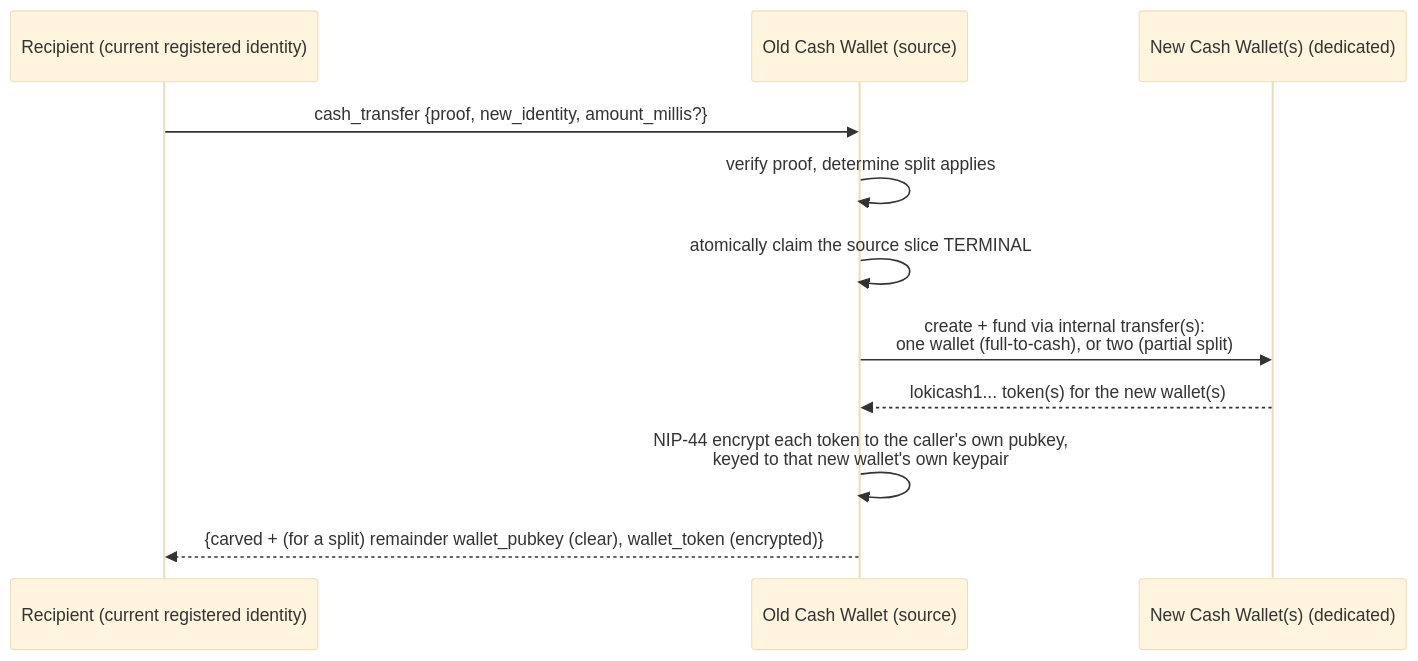
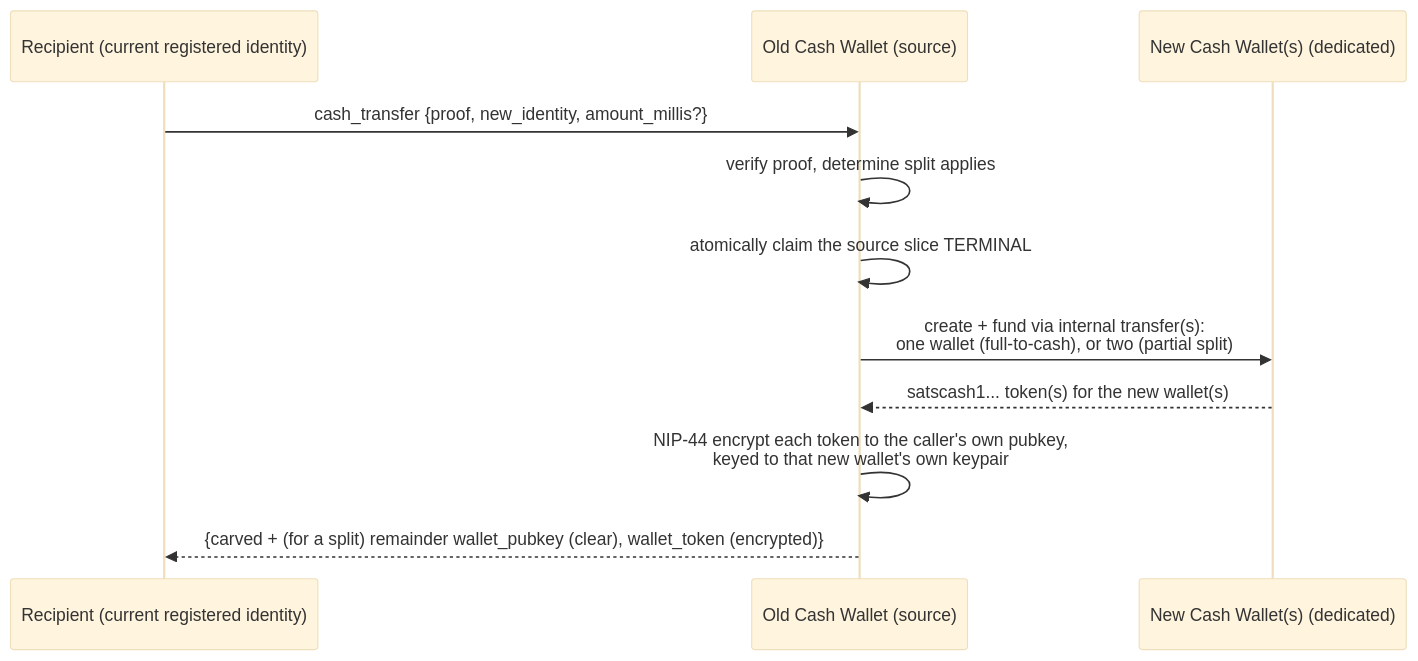
The fifth of 8 diagrams in NIP-CASH.md (ohstr/nips), drawn with Mermaid (base theme) before and after one commit. The commit also changed other lines of this file, not shown here.

Commit message:
docs(nip-cash): note other signing prefixes, use satscash in touched examples (#31)

````diff
--- a/NIP-CASH.md
+++ b/NIP-CASH.md
@@ -935,14 +935,14 @@
 ```mermaid
 sequenceDiagram
     participant Caller as Recipient (current registered identity)
     participant Old as Old Cash Wallet (source)
     participant New as New Cash Wallet(s) (dedicated)
 
     Caller->>Old: cash_transfer {proof, new_identity, amount_millis?}
     Old->>Old: verify proof, determine split applies
     Old->>Old: atomically claim the source slice TERMINAL
     Old->>New: create + fund via internal transfer(s):<br/>one wallet (full-to-cash), or two (partial split)
-    New-->>Old: lokicash1... token(s) for the new wallet(s)
+    New-->>Old: satscash1... token(s) for the new wallet(s)
     Old->>Old: NIP-44 encrypt each token to the caller's own pubkey,<br/>keyed to that new wallet's own keypair
     Old-->>Caller: {carved + (for a split) remainder wallet_pubkey (clear), wallet_token (encrypted)}
 ```
````
